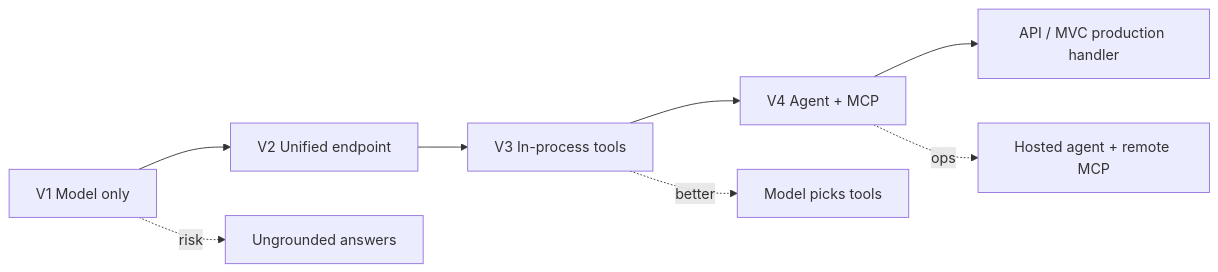
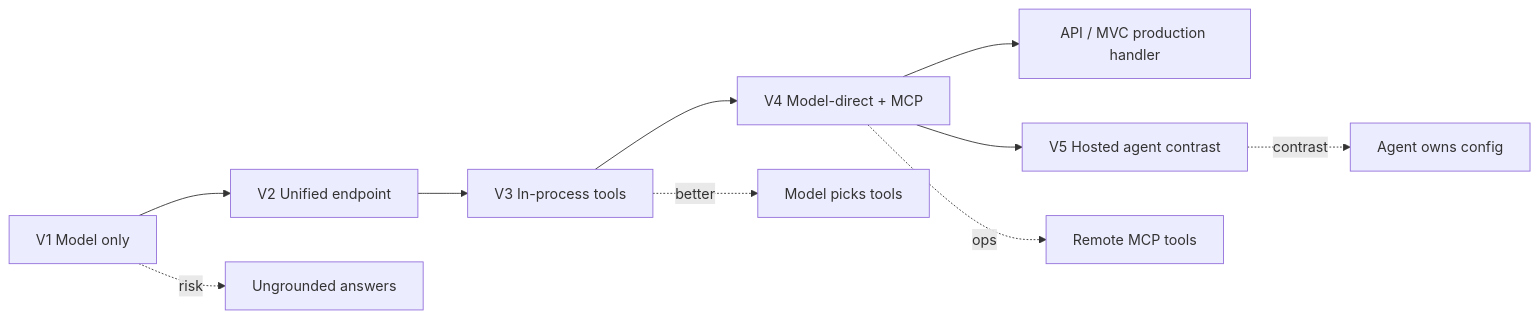
Diagram 34 of 36 in docs/4-demystifying-foundry-agents-mcp/demystifying-foundry-agents-mcp.md (dustinkorzaan/weather-1116), drawn with Mermaid before and after one commit. The commit also changed other lines of this file and 14 other files, not shown here.

````diff
--- a/docs/4-demystifying-foundry-agents-mcp/demystifying-foundry-agents-mcp.md
+++ b/docs/4-demystifying-foundry-agents-mcp/demystifying-foundry-agents-mcp.md
@@ -605,11 +624,13 @@
 ```mermaid
 flowchart LR
     V1[V1 Model only] --> V2[V2 Unified endpoint]
     V2 --> V3[V3 In-process tools]
-    V3 --> V4[V4 Agent + MCP]
+    V3 --> V4[V4 Model-direct + MCP]
     V4 --> PROD[API / MVC production handler]
+    V4 --> V5[V5 Hosted agent contrast]
 
     V1 -.->|risk| H[Ungrounded answers]
     V3 -.->|better| T[Model picks tools]
-    V4 -.->|ops| O[Hosted agent + remote MCP]
+    V4 -.->|ops| O[Remote MCP tools]
+    V5 -.->|contrast| A[Agent owns config]
 ```
````
